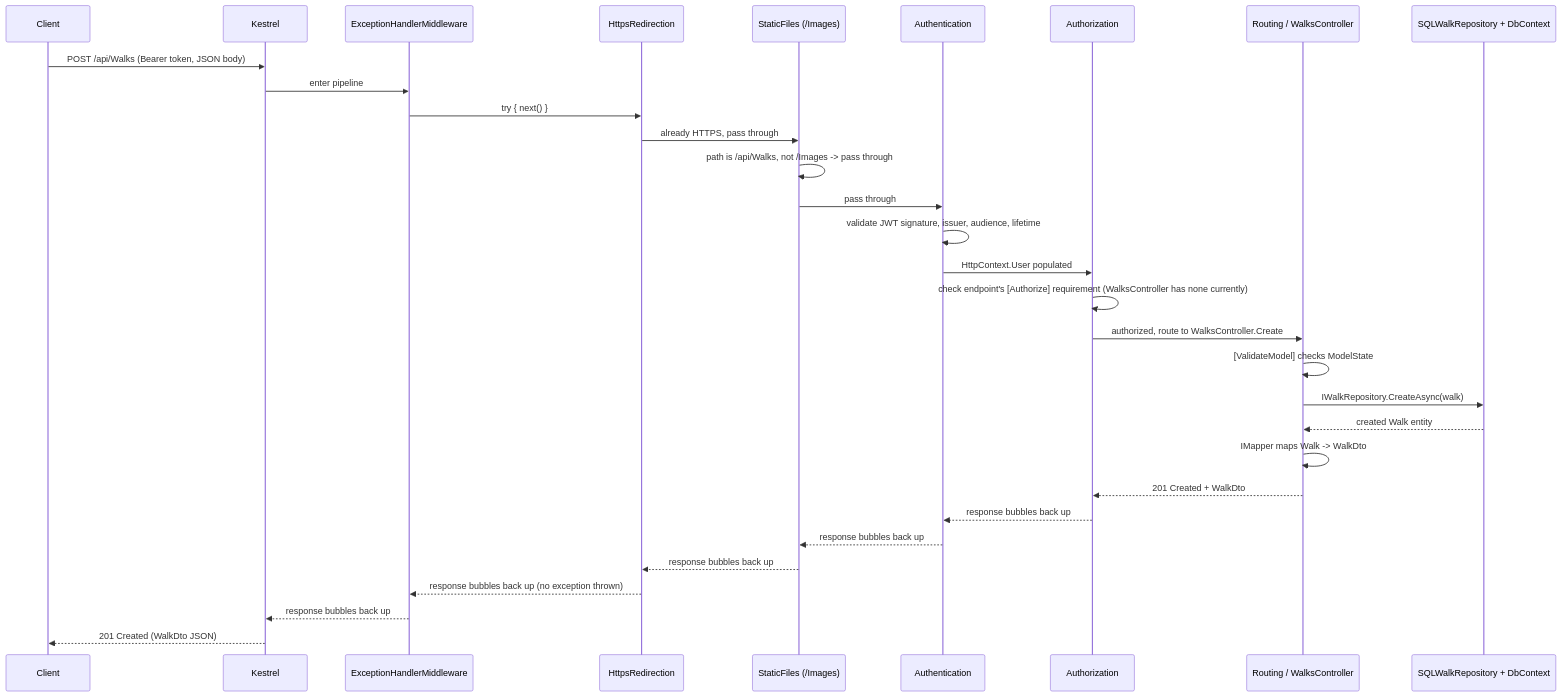
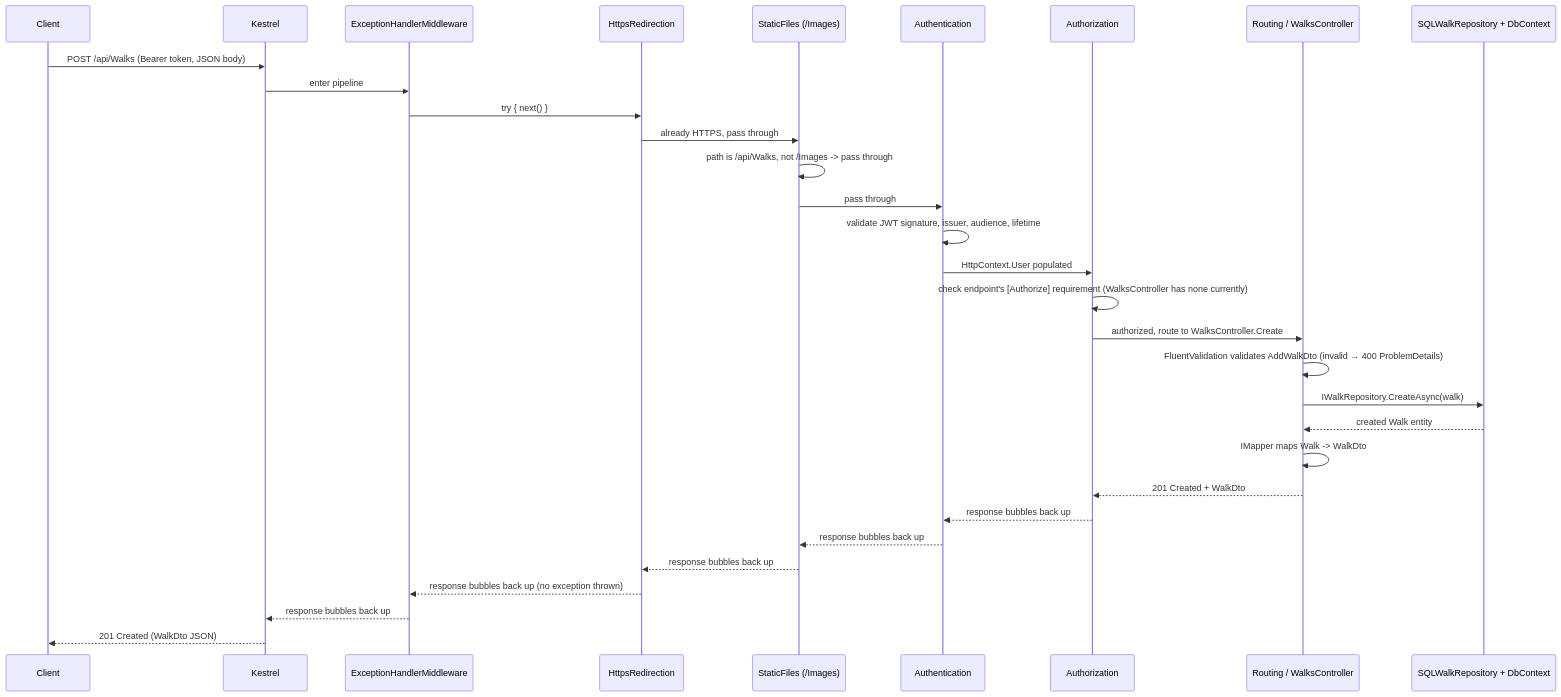
The diagram in docs/02-MIDDLEWARE-PIPELINE.md (Hadi96806/NZWalks), drawn with Mermaid before and after one commit. The commit also changed other lines of this file and 1 other file, not shown here.

First line of the commit message:
Update the structure and pipeline docs for FluentValidation

````diff
--- a/docs/02-MIDDLEWARE-PIPELINE.md
+++ b/docs/02-MIDDLEWARE-PIPELINE.md
@@ -52,34 +52,34 @@
 ```mermaid
 sequenceDiagram
     participant C as Client
     participant K as Kestrel
     participant EX as ExceptionHandlerMiddleware
     participant HR as HttpsRedirection
     participant SF as StaticFiles (/Images)
     participant AN as Authentication
     participant AZ as Authorization
     participant R as Routing / WalksController
     participant DB as SQLWalkRepository + DbContext
 
     C->>K: POST /api/Walks (Bearer token, JSON body)
     K->>EX: enter pipeline
     EX->>HR: try { next() }
     HR->>SF: already HTTPS, pass through
     SF->>SF: path is /api/Walks, not /Images -> pass through
     SF->>AN: pass through
     AN->>AN: validate JWT signature, issuer, audience, lifetime
     AN->>AZ: HttpContext.User populated
     AZ->>AZ: check endpoint's [Authorize] requirement (WalksController has none currently)
     AZ->>R: authorized, route to WalksController.Create
-    R->>R: [ValidateModel] checks ModelState
+    R->>R: FluentValidation validates AddWalkDto (invalid → 400 ProblemDetails)
     R->>DB: IWalkRepository.CreateAsync(walk)
     DB-->>R: created Walk entity
     R->>R: IMapper maps Walk -> WalkDto
     R-->>AZ: 201 Created + WalkDto
     AZ-->>AN: response bubbles back up
     AN-->>SF: response bubbles back up
     SF-->>HR: response bubbles back up
     HR-->>EX: response bubbles back up (no exception thrown)
     EX-->>K: response bubbles back up
     K-->>C: 201 Created (WalkDto JSON)
 ```
````
